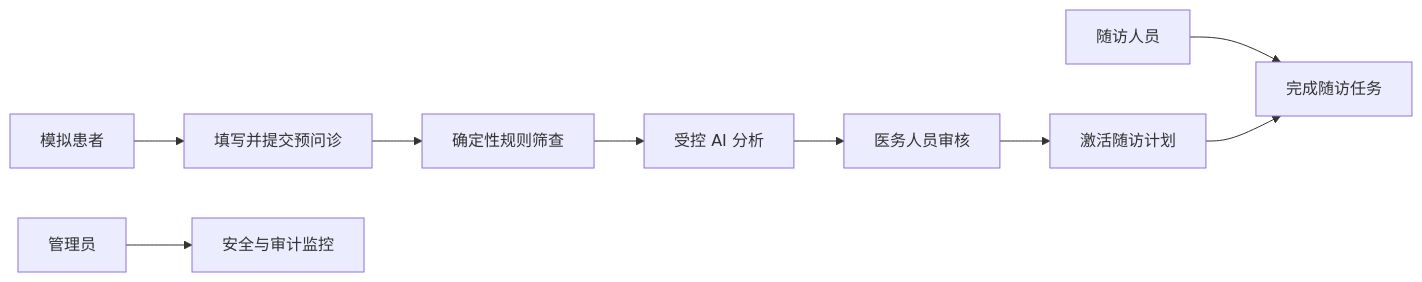
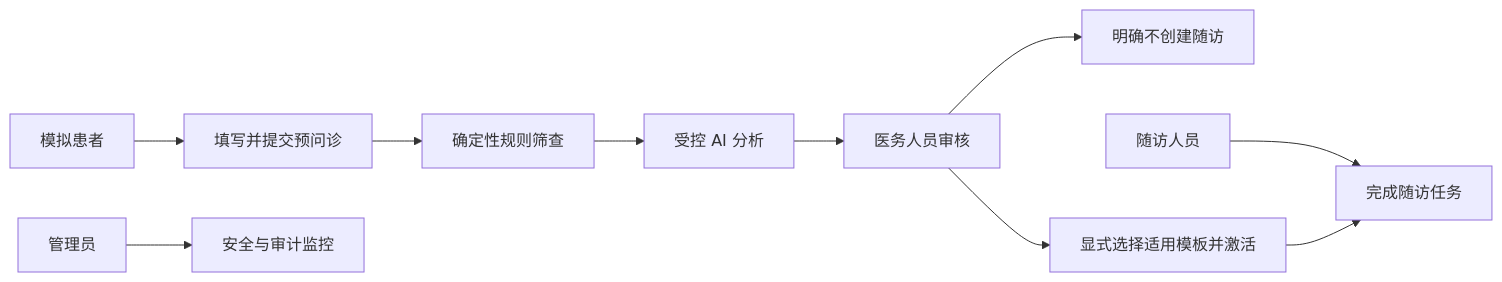
The diagram in docs/requirements/SRS.md (SkylerZhu016/care-guard-ai), drawn with Mermaid before and after one commit. The commit also changed other lines of this file and 22 other files, not shown here.

````diff
--- a/docs/requirements/SRS.md
+++ b/docs/requirements/SRS.md
@@ -36,11 +37,12 @@
 ```mermaid
 flowchart LR
   P[模拟患者] --> V[填写并提交预问诊]
   V --> R[确定性规则筛查]
   R --> A[受控 AI 分析]
   A --> C[医务人员审核]
-  C --> F[激活随访计划]
+  C --> N[明确不创建随访]
+  C --> F[显式选择适用模板并激活]
   S[随访人员] --> T[完成随访任务]
   F --> T
   D[管理员] --> M[安全与审计监控]
 ```
````
